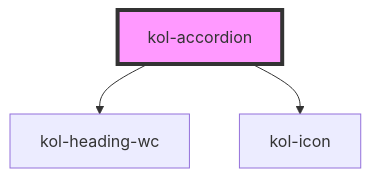
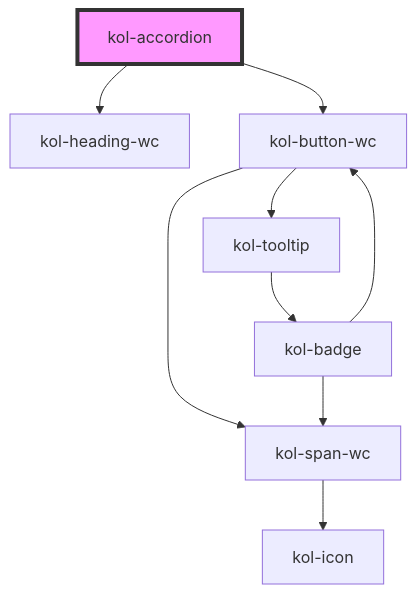
One commit to public-ui/kolibri changed the diagram in packages/components/src/components/accordion/readme.md. Above: the diagram before and after it, drawn with Mermaid. The commit also changed other lines of this file and 111 other files, not shown here.

Commit message:
feature: reuse button in accordion

````diff
--- a/packages/components/src/components/accordion/readme.md
+++ b/packages/components/src/components/accordion/readme.md
@@ -154,6 +154,12 @@
 ```mermaid
 graph TD;
   kol-accordion --> kol-heading-wc
-  kol-accordion --> kol-icon
+  kol-accordion --> kol-button-wc
+  kol-button-wc --> kol-span-wc
+  kol-button-wc --> kol-tooltip
+  kol-span-wc --> kol-icon
+  kol-tooltip --> kol-badge
+  kol-badge --> kol-span-wc
+  kol-badge --> kol-button-wc
   style kol-accordion fill:#f9f,stroke:#333,stroke-width:4px
 ```
````
